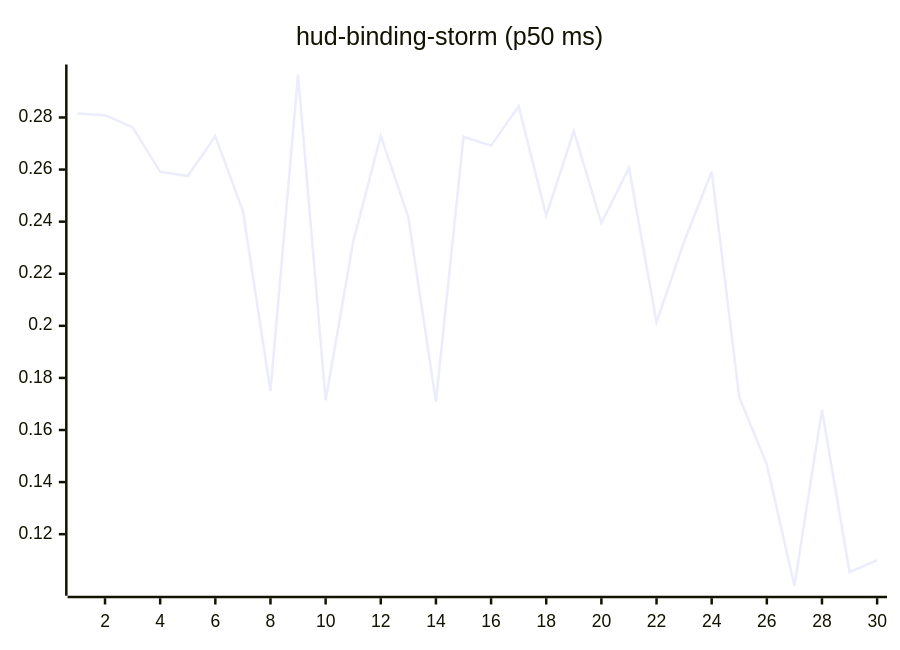
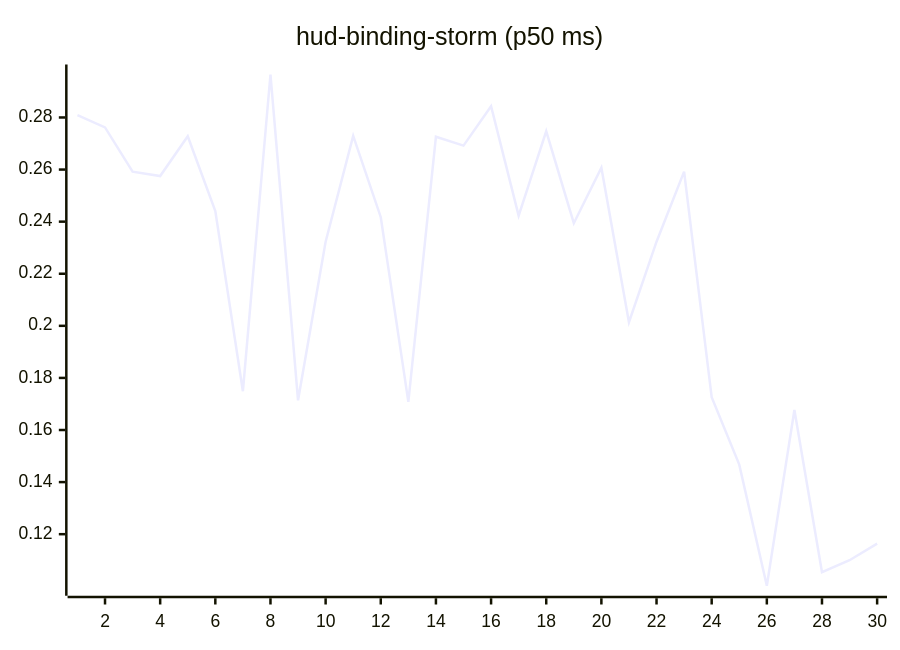
One commit to josha/Facet changed the tenth of 27 diagrams in README.md. Above: the diagram before and after it, drawn with Mermaid. The commit also changed other lines of this file and 2 other files, not shown here.

````diff
--- a/README.md
+++ b/README.md
@@ -126,6 +126,6 @@
 ```mermaid
 xychart-beta
     title "hud-binding-storm (p50 ms)"
     x-axis 1 --> 30
-    line [0.2815, 0.2809, 0.2762, 0.2592, 0.2575, 0.2728, 0.2441, 0.1749, 0.2965, 0.1714, 0.2323, 0.2729, 0.2417, 0.1708, 0.2726, 0.2692, 0.2843, 0.2423, 0.2747, 0.2394, 0.2607, 0.2014, 0.2323, 0.2592, 0.1726, 0.1467, 0.1002, 0.1677, 0.1054, 0.1100]
+    line [0.2809, 0.2762, 0.2592, 0.2575, 0.2728, 0.2441, 0.1749, 0.2965, 0.1714, 0.2323, 0.2729, 0.2417, 0.1708, 0.2726, 0.2692, 0.2843, 0.2423, 0.2747, 0.2394, 0.2607, 0.2014, 0.2323, 0.2592, 0.1726, 0.1467, 0.1002, 0.1677, 0.1054, 0.1100, 0.1164]
 ```
````
